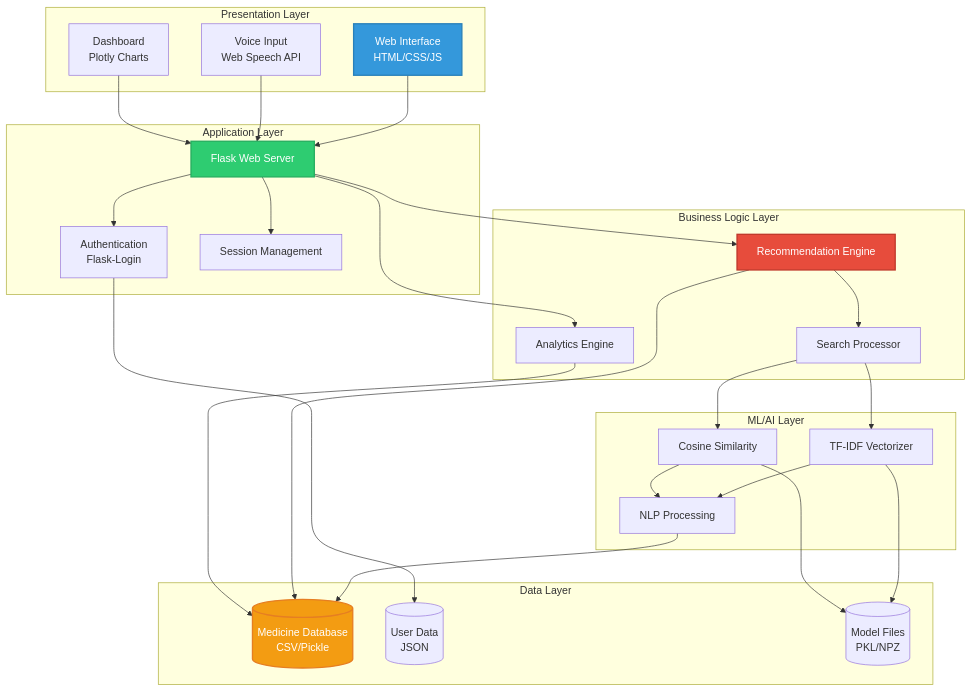
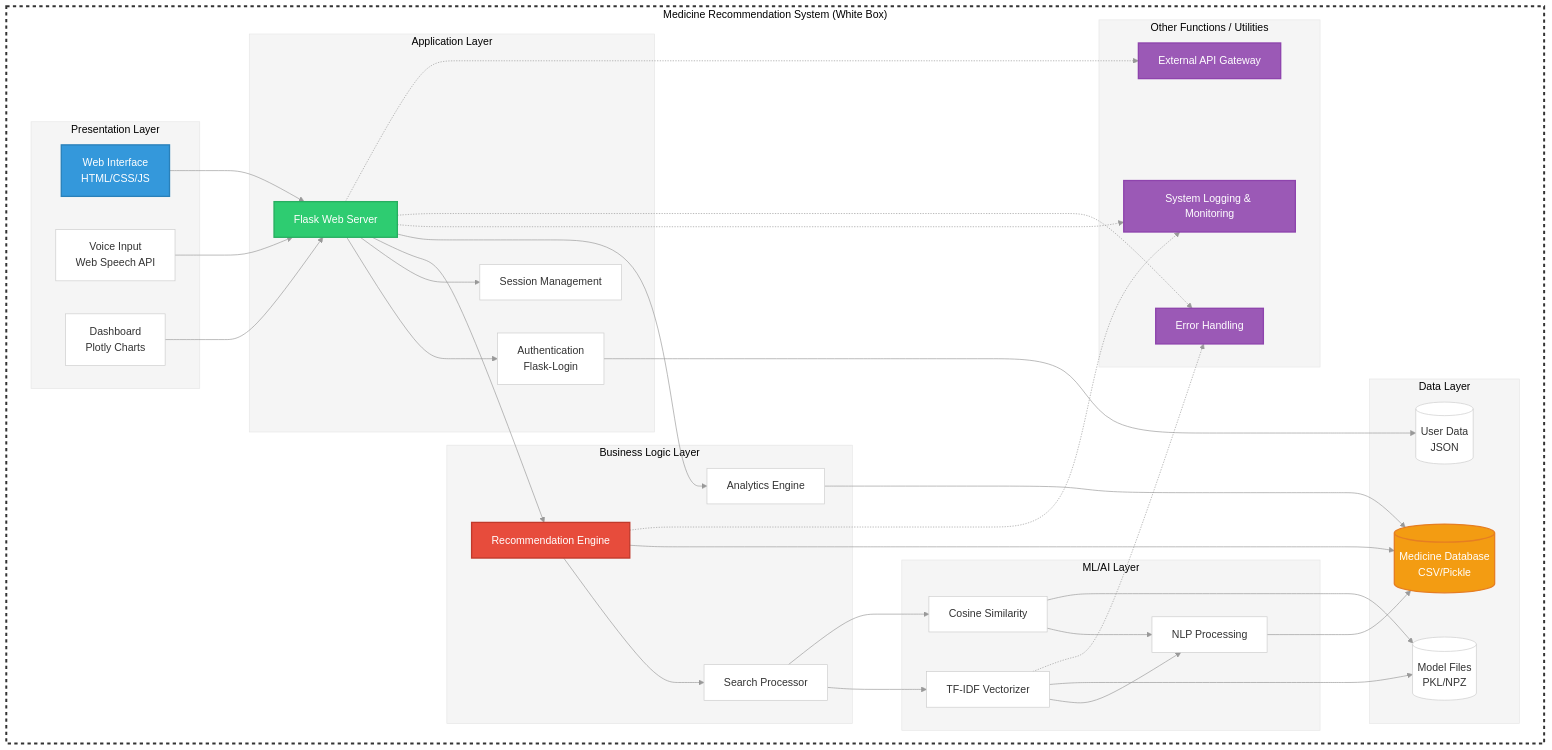
Before and after one commit to udityamerit/Smart-Medical-Care-For-Rural-Areas: the first of 6 diagrams in README.md, drawn with Mermaid.

````diff
--- a/README.md
+++ b/README.md
@@ -139,56 +139,82 @@
 ```mermaid
+%%{init: {'theme': 'base', 'themeVariables': {'background': '#ffffff', 'primaryBackground': '#ffffff', 'primaryColor': '#ffffff', 'secondaryColor': '#ffffff', 'tertiaryColor': '#ffffff', 'mainBkg': '#ffffff', 'nodeBorder': '#cccccc', 'clusterBkg': '#f5f5f5', 'titleColor': '#000000', 'edgeLabelBackground': '#ffffff', 'lineColor': '#999999'}}}%%
 graph TB
-    subgraph "Presentation Layer"
-        A[Web Interface<br/>HTML/CSS/JS]
-        B[Voice Input<br/>Web Speech API]
-        C[Dashboard<br/>Plotly Charts]
+    subgraph MainSystem ["Medicine Recommendation System (White Box)"]
+        
+        subgraph "Presentation Layer"
+            A[Web Interface<br/>HTML/CSS/JS]
+            B[Voice Input<br/>Web Speech API]
+            C[Dashboard<br/>Plotly Charts]
+        end
+        
+        subgraph "Application Layer"
+            D[Flask Web Server]
+            E[Authentication<br/>Flask-Login]
+            F[Session Management]
+        end
+        
+        subgraph "Business Logic Layer"
+            G[Recommendation Engine]
+            H[Analytics Engine]
+            I[Search Processor]
+        end
+        
+        subgraph "ML/AI Layer"
+            J[TF-IDF Vectorizer]
+            K[Cosine Similarity]
+            L[NLP Processing]
+        end
+        
+        subgraph "Data Layer"
+            M[(Medicine Database<br/>CSV/Pickle)]
+            N[(User Data<br/>JSON)]
+            O[(Model Files<br/>PKL/NPZ)]
+        end
+
+        subgraph "Other Functions / Utilities"
+            P[System Logging & Monitoring]
+            Q[Error Handling]
+            R[External API Gateway]
+        end
+        
     end
     
-    subgraph "Application Layer"
-        D[Flask Web Server]
-        E[Authentication<br/>Flask-Login]
-        F[Session Management]
-    end
-    
-    subgraph "Business Logic Layer"
-        G[Recommendation Engine]
-        H[Analytics Engine]
-        I[Search Processor]
-    end
-    
-    subgraph "ML/AI Layer"
-        J[TF-IDF Vectorizer]
-        K[Cosine Similarity]
-        L[NLP Processing]
-    end
-    
-    subgraph "Data Layer"
-        M[(Medicine Database<br/>CSV/Pickle)]
-        N[(User Data<br/>JSON)]
-        O[(Model Files<br/>PKL/NPZ)]
-    end
-    
+    %% Core System Connections
     A --> D
     B --> D
     C --> D
     D --> E
     D --> F
     D --> G
     D --> H
     G --> I
     I --> J
     I --> K
     J --> L
     K --> L
     L --> M
     G --> M
     H --> M
     E --> N
     J --> O
     K --> O
     
+    %% Connections for "Other Functions"
+    D -.-> P
+    D -.-> Q
+    D -.-> R
+    G -.-> P
+    J -.-> Q
+    
+    %% Original Styles
     style A fill:#3498db,stroke:#2980b9,stroke-width:2px,color:#fff
     style D fill:#2ecc71,stroke:#27ae60,stroke-width:2px,color:#fff
     style G fill:#e74c3c,stroke:#c0392b,stroke-width:2px,color:#fff
     style M fill:#f39c12,stroke:#e67e22,stroke-width:2px,color:#fff
+    
+    %% New Styles for the White Box and Utilities
+    style MainSystem fill:#ffffff,stroke:#333333,stroke-width:3px,stroke-dasharray: 5 5
+    style P fill:#9b59b6,stroke:#8e44ad,stroke-width:2px,color:#fff
+    style Q fill:#9b59b6,stroke:#8e44ad,stroke-width:2px,color:#fff
+    style R fill:#9b59b6,stroke:#8e44ad,stroke-width:2px,color:#fff
 ```
````
